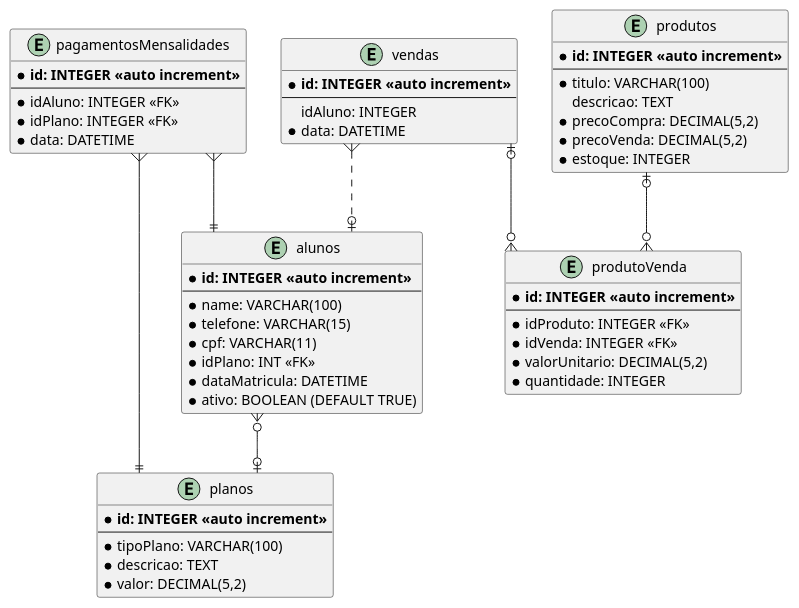
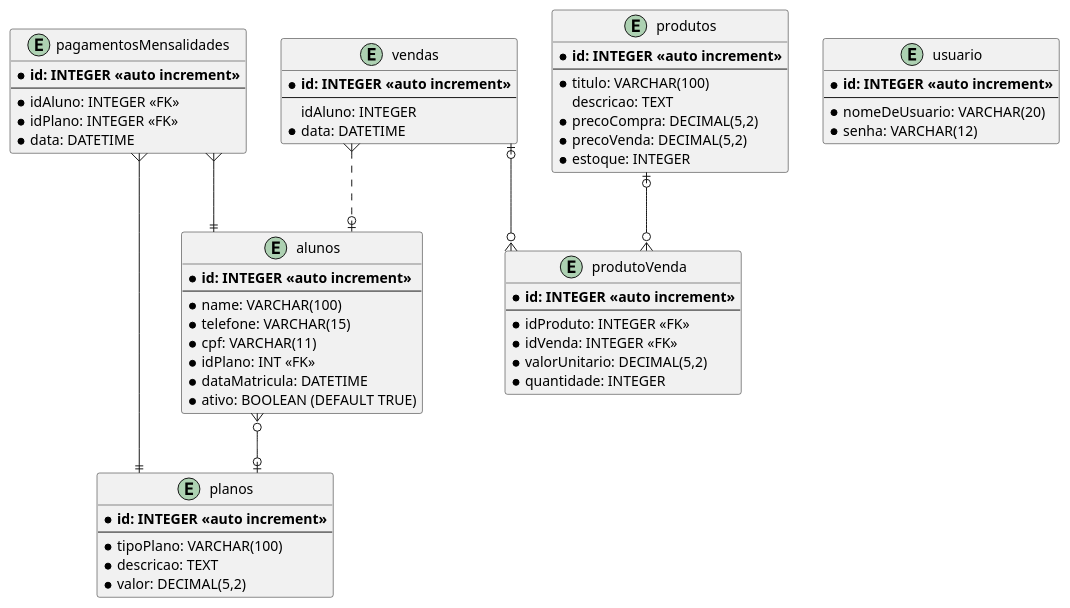
One commit to PI-2-semestre-DSM/app-acad changed the diagram in Diagramas/BancoDeDados/bancoDeDados.puml. Above: the diagram before and after it, drawn with PlantUML. The commit also changed 6 other files, not shown here.

Commit message:
add: login, logout, db connection classes; update: diagram and database insert table usuarios

```diff
--- a/Diagramas/BancoDeDados/bancoDeDados.puml
+++ b/Diagramas/BancoDeDados/bancoDeDados.puml
@@ -1,64 +1,71 @@
 @startuml TitaniumDBSchema
 skinparam linetype ortho
 
 entity "alunos" {
 * **id: INTEGER <<auto increment>>**
 --
 *name: VARCHAR(100)
 *telefone: VARCHAR(15)
 *cpf: VARCHAR(11)
 *idPlano: INT <<FK>>
 *dataMatricula: DATETIME
 *ativo: BOOLEAN (DEFAULT TRUE)
 }
 
 entity "produtos" {
 * **id: INTEGER <<auto increment>>**
 --
 *titulo: VARCHAR(100)
  descricao: TEXT
 *precoCompra: DECIMAL(5,2)
 *precoVenda: DECIMAL(5,2)
 *estoque: INTEGER
 }
 
 
 entity "vendas" {
 * **id: INTEGER <<auto increment>>**
 --
  idAluno: INTEGER
 *data: DATETIME
 }
 
 entity "produtoVenda" {
 * **id: INTEGER <<auto increment>>**
 --
 *idProduto: INTEGER <<FK>>
 *idVenda: INTEGER <<FK>>
 *valorUnitario: DECIMAL(5,2)
 *quantidade: INTEGER
 }
 
 entity "planos" {
 * **id: INTEGER <<auto increment>>**
 --
 *tipoPlano: VARCHAR(100)
 *descricao: TEXT
 *valor: DECIMAL(5,2)
 }
 
 entity "pagamentosMensalidades" {
 * **id: INTEGER <<auto increment>>**
 --
 *idAluno: INTEGER <<FK>>
 *idPlano: INTEGER <<FK>>
 *data: DATETIME
 }
 
+entity "usuario" {
+* **id: INTEGER <<auto increment>>**
+--
+*nomeDeUsuario: VARCHAR(20)
+*senha: VARCHAR(12)
+}
+
 alunos }o--o|planos
 vendas |o--o{ produtoVenda
 produtos |o--o{ produtoVenda
 pagamentosMensalidades }--|| alunos
 pagamentosMensalidades }--|| planos
 vendas }..o| alunos
 @enduml
```
